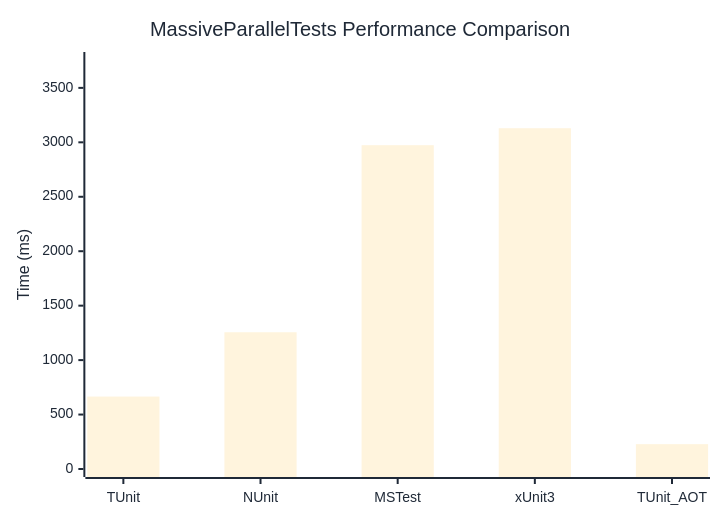
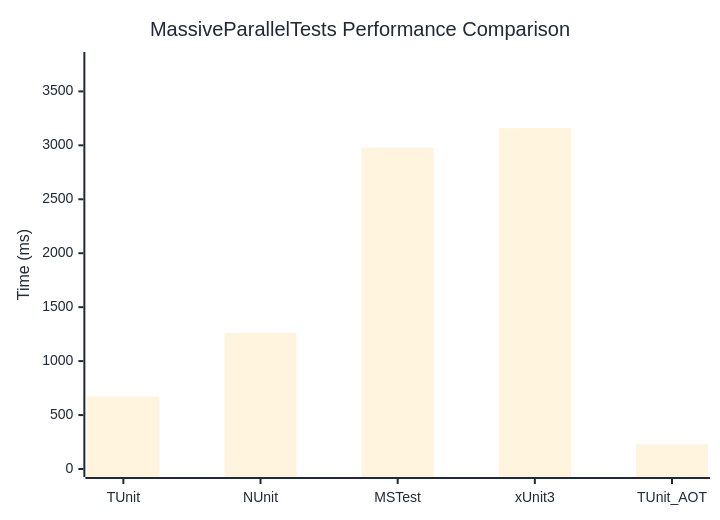
Before and after one commit to thomhurst/TUnit: the diagram in docs/docs/benchmarks/MassiveParallelTests.md, drawn with Mermaid. The commit also changed other lines of this file and 17 other files, not shown here.

````diff
--- a/docs/docs/benchmarks/MassiveParallelTests.md
+++ b/docs/docs/benchmarks/MassiveParallelTests.md
@@ -27,37 +27,37 @@
 ```mermaid
 %%{init: {
   'theme':'base',
   'themeVariables': {
     'primaryColor': '#2563eb',
     'primaryTextColor': '#1f2937',
     'primaryBorderColor': '#1e40af',
     'lineColor': '#6b7280',
     'secondaryColor': '#7c3aed',
     'tertiaryColor': '#dc2626',
     'background': '#ffffff',
     'mainBkg': '#2563eb',
     'secondBkg': '#7c3aed',
     'tertiaryBkg': '#dc2626',
     'clusterBkg': '#f3f4f6',
     'edgeLabelBackground': '#ffffff',
     'tertiaryTextColor': '#1f2937',
     'pie1': '#2563eb',
     'pie2': '#7c3aed',
     'pie3': '#dc2626',
     'pie4': '#f59e0b',
     'pie5': '#10b981',
     'pie6': '#06b6d4',
     'pie7': '#ec4899',
     'pie8': '#6366f1',
     'pie9': '#84cc16',
     'pie10': '#f97316',
     'pie11': '#14b8a6',
     'pie12': '#a855f7'
   }
 }}%%
 xychart-beta
   title "MassiveParallelTests Performance Comparison"
   x-axis ["TUnit", "NUnit", "MSTest", "xUnit3", "TUnit_AOT"]
-  y-axis "Time (ms)" 0 --> 3756
-  bar [665.1, 1255.8, 2973.6, 3129.5, 228]
+  y-axis "Time (ms)" 0 --> 3791
+  bar [672.3, 1262.2, 2978.8, 3158.9, 229.7]
 ```
````
